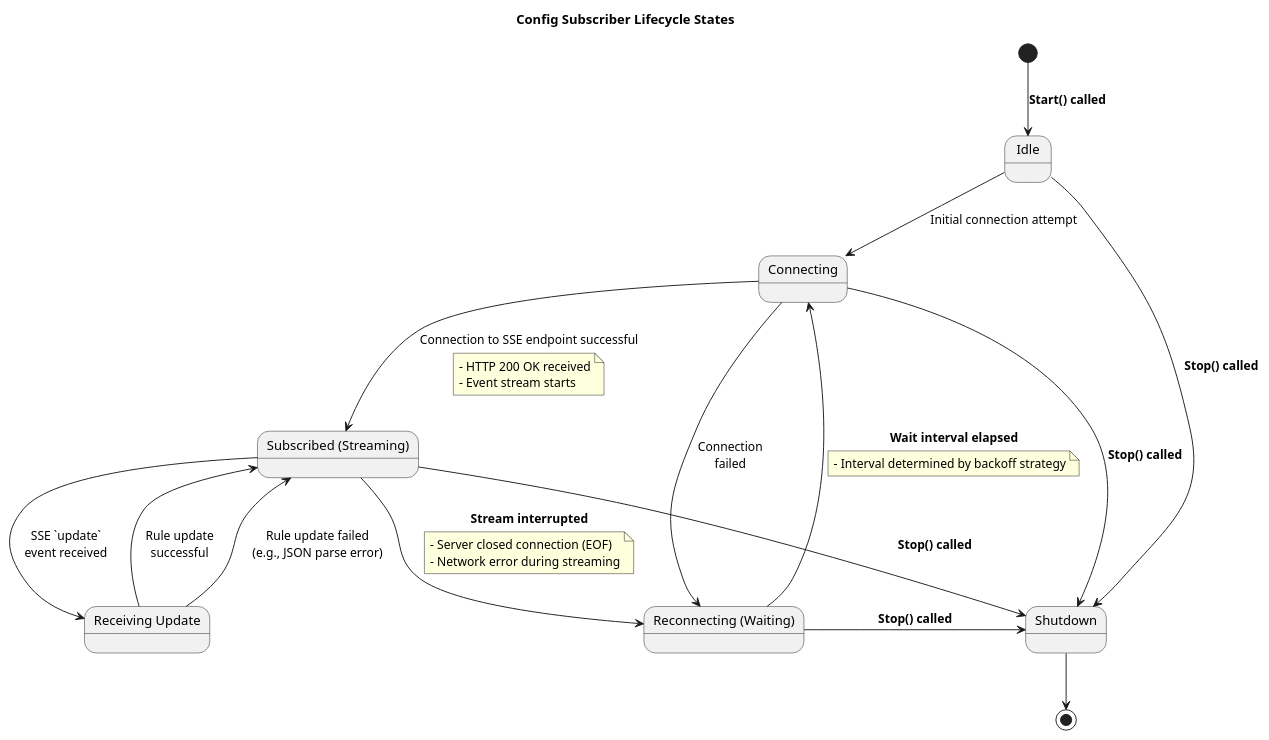
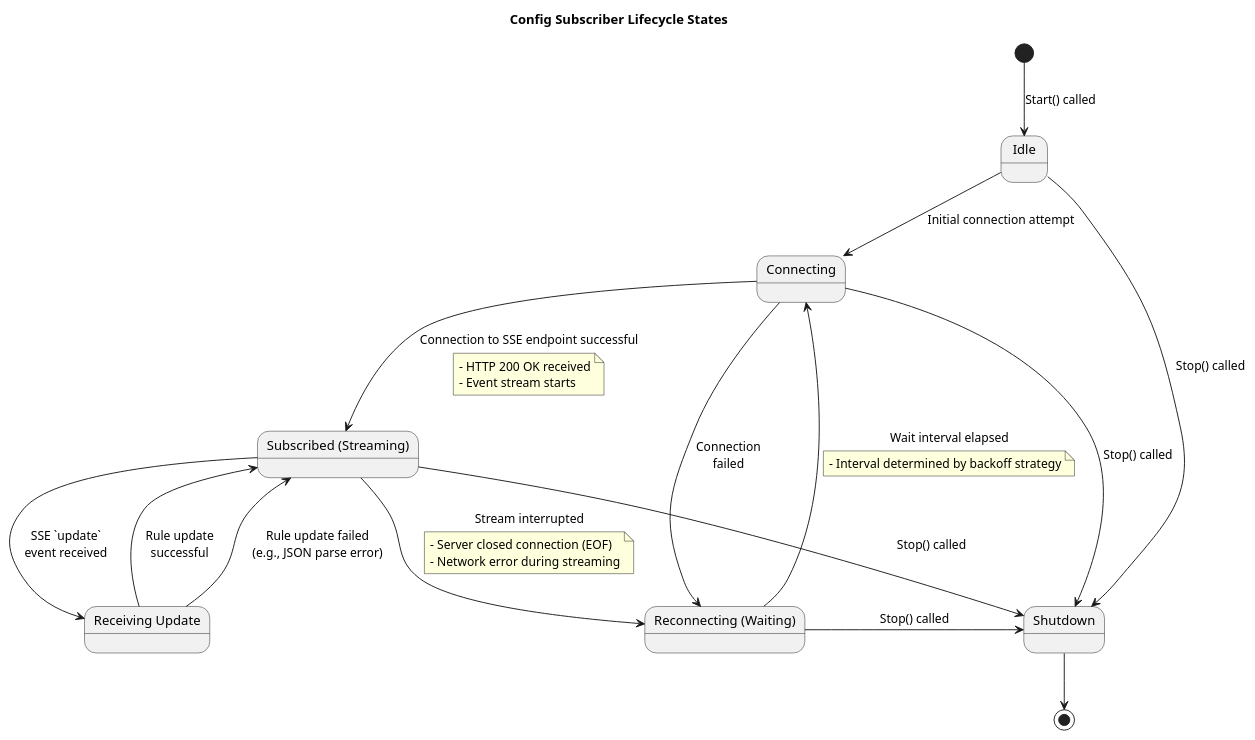
Before and after one commit to kalahetun/Minesweeper: the fifth of 9 diagrams in executor/docs/design_doc/Design_2_Wasm_plugin.md, drawn with PlantUML. The commit also changed other lines of this file and 27 other files, not shown here.

````diff
--- a/executor/docs/design_doc/Design_2_Wasm_plugin.md
+++ b/executor/docs/design_doc/Design_2_Wasm_plugin.md
@@ -329,45 +329,45 @@
 ```plantuml
 @startuml
 title Config Subscriber Lifecycle States
 
 state "Idle" as Idle
 state "Connecting" as Connecting
 state "Subscribed (Streaming)" as Subscribed
 state "Reconnecting (Waiting)" as Reconnecting
 state "Shutdown" as Shutdown
 
-[*] --> Idle: **Start() called**
+[*] --> Idle: Start() called
 
 Idle --> Connecting: Initial connection attempt
 
 Connecting --> Subscribed: Connection to SSE endpoint successful
 note on link
   - HTTP 200 OK received
   - Event stream starts
 end note
 Connecting --> Reconnecting: Connection\nfailed
 
-Subscribed --> Reconnecting: **Stream interrupted**
+Subscribed --> Reconnecting: Stream interrupted
 note on link
   - Server closed connection (EOF)
   - Network error during streaming
 end note
 
-Reconnecting --> Connecting: **Wait interval elapsed**
+Reconnecting --> Connecting: Wait interval elapsed
 note on link
   - Interval determined by backoff strategy
 end note
 
 state "Receiving Update" as Receiving
 Subscribed --> Receiving: SSE `update`\nevent received
 Receiving --> Subscribed: Rule update\nsuccessful
 Receiving --> Subscribed: Rule update failed\n(e.g., JSON parse error)
 
-Idle -> Shutdown: **Stop() called**
-Connecting -> Shutdown: **Stop() called**
-Subscribed -> Shutdown: **Stop() called**
-Reconnecting -> Shutdown: **Stop() called**
+Idle -> Shutdown: Stop() called
+Connecting -> Shutdown: Stop() called
+Subscribed -> Shutdown: Stop() called
+Reconnecting -> Shutdown: Stop() called
 
 Shutdown --> [*]
 @enduml
 ```
````
